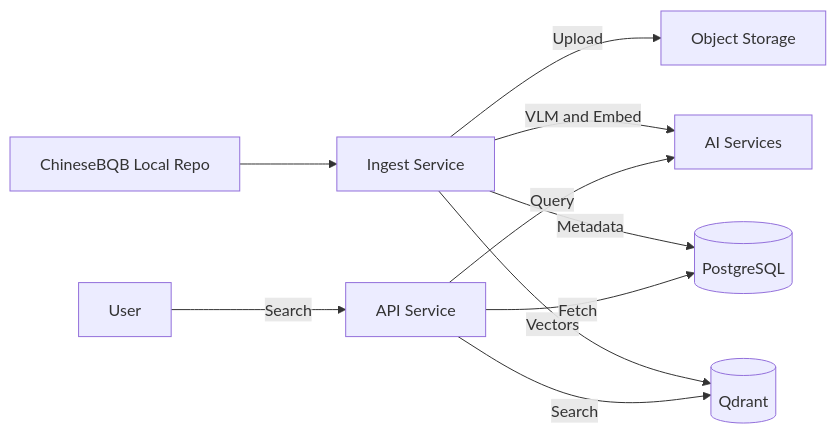
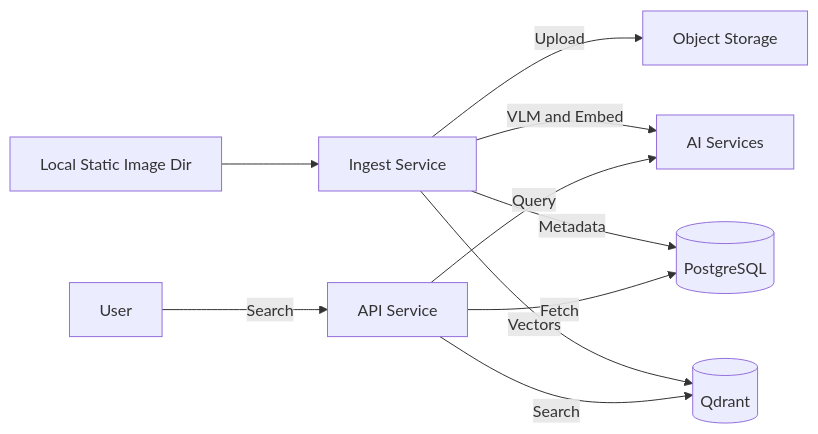
Before and after one commit to systemoutprintlnnnn/emomo: the diagram in backend/GEMINI.md, drawn with Mermaid. The commit also changed other lines of this file and 48 other files, not shown here.

Commit message:
feat: replace ChineseBQB ingest with local directory source (#50)

````diff
--- a/backend/GEMINI.md
+++ b/backend/GEMINI.md
@@ -26,14 +26,14 @@
 ```mermaid
 graph LR
-    Local[ChineseBQB Local Repo] --> Ingest[Ingest Service]
+    Local[Local Static Image Dir] --> Ingest[Ingest Service]
 
     Ingest -->|Upload| S3[Object Storage]
     Ingest -->|VLM and Embed| AI[AI Services]
     Ingest -->|Metadata| DB[(PostgreSQL)]
     Ingest -->|Vectors| Vector[(Qdrant)]
 
     User -->|Search| API[API Service]
     API -->|Query| AI
     API -->|Search| Vector
     API -->|Fetch| DB
 ```
````
